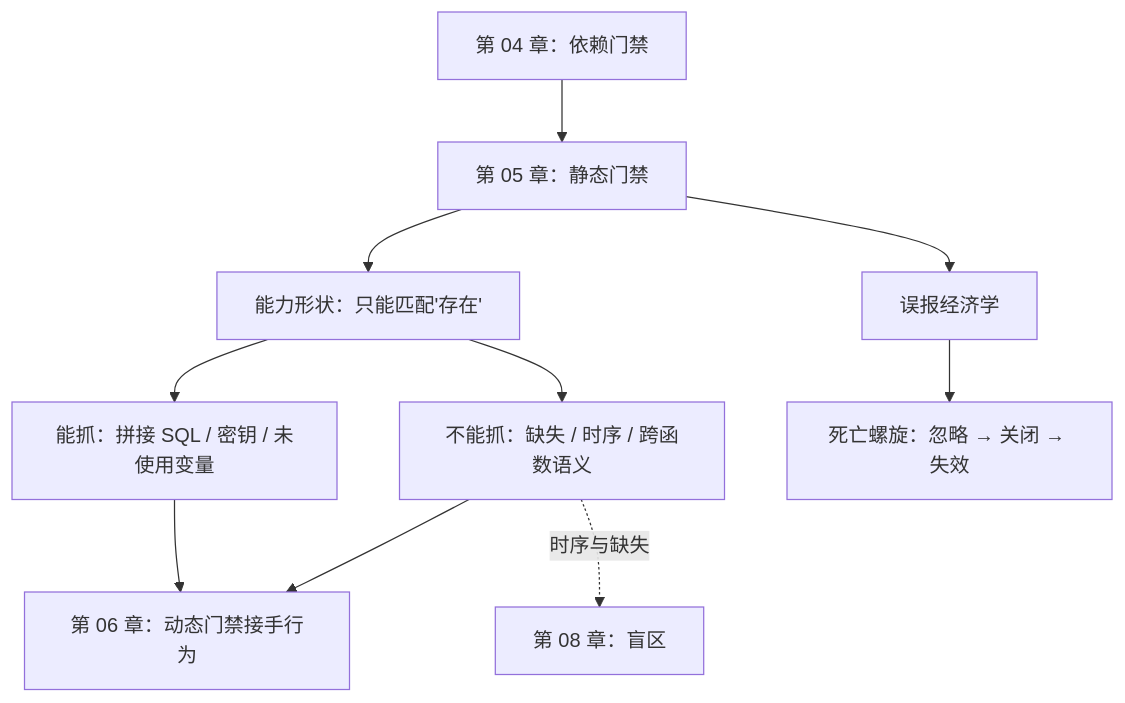
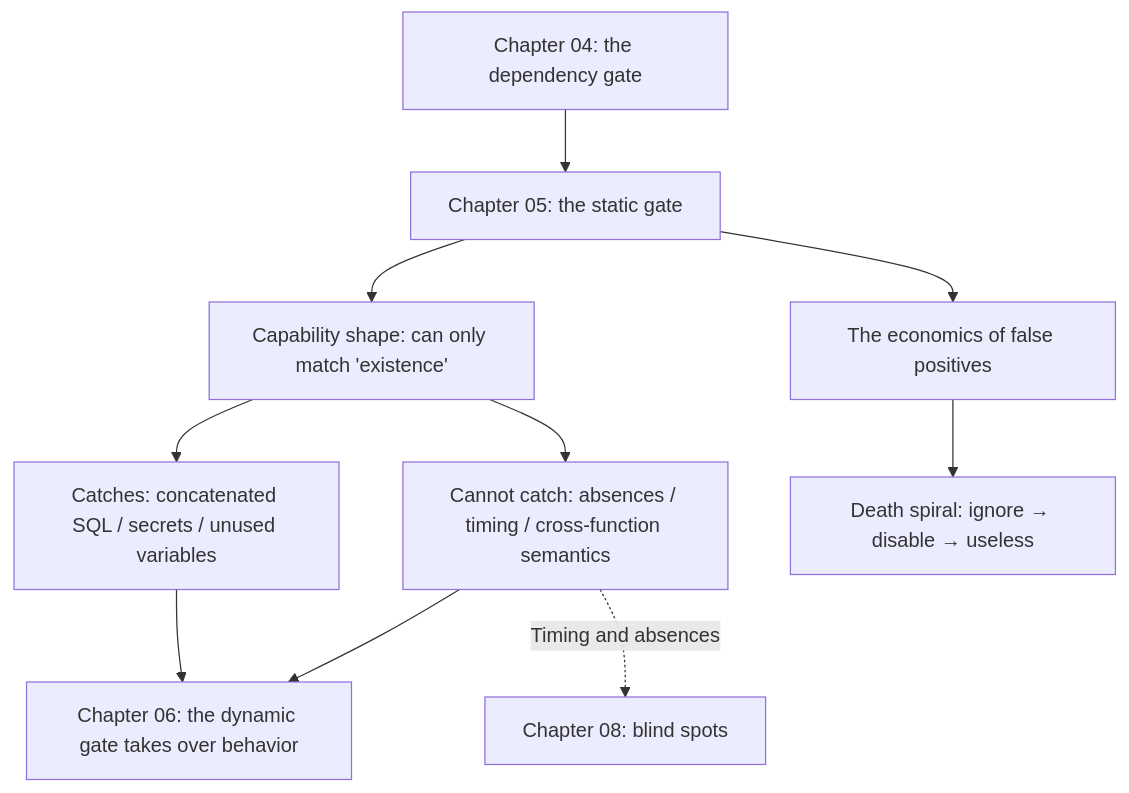
The diagram in phase3/chapters/ch05-static.md (xzlxiao/vibe-coding-textbook), drawn with Mermaid before and after one commit. The commit also changed 12 other files, not shown here.

````diff
--- a/phase3/chapters/ch05-static.md
+++ b/phase3/chapters/ch05-static.md
@@ -167,12 +167,12 @@
 ```mermaid
 flowchart TD
-    A["第 04 章：依赖门禁"] --> B["第 05 章：静态门禁"]
-    B --> C["能力形状：只能匹配'存在'"]
-    C --> D["能抓：拼接 SQL / 密钥 / 未使用变量"]
-    C --> E["不能抓：缺失 / 时序 / 跨函数语义"]
-    B --> F["误报经济学"]
-    F --> G["死亡螺旋：忽略 → 关闭 → 失效"]
-    D --> H["第 06 章：动态门禁接手行为"]
+    A["Chapter 04: the dependency gate"] --> B["Chapter 05: the static gate"]
+    B --> C["Capability shape: can only match 'existence'"]
+    C --> D["Catches: concatenated SQL / secrets / unused variables"]
+    C --> E["Cannot catch: absences / timing / cross-function semantics"]
+    B --> F["The economics of false positives"]
+    F --> G["Death spiral: ignore → disable → useless"]
+    D --> H["Chapter 06: the dynamic gate takes over behavior"]
     E --> H
-    E -.->|"时序与缺失"| I["第 08 章：盲区"]
+    E -.->|"Timing and absences"| I["Chapter 08: blind spots"]
 ```
````
